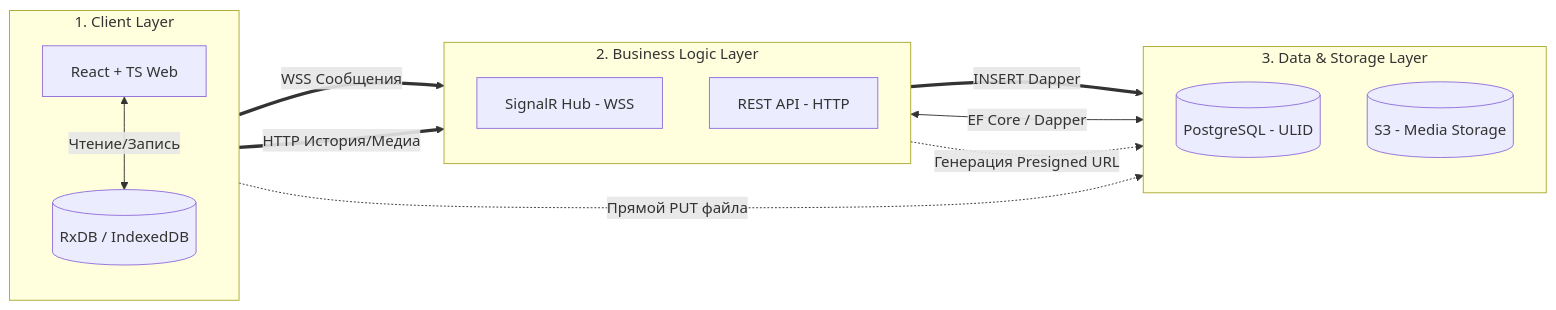
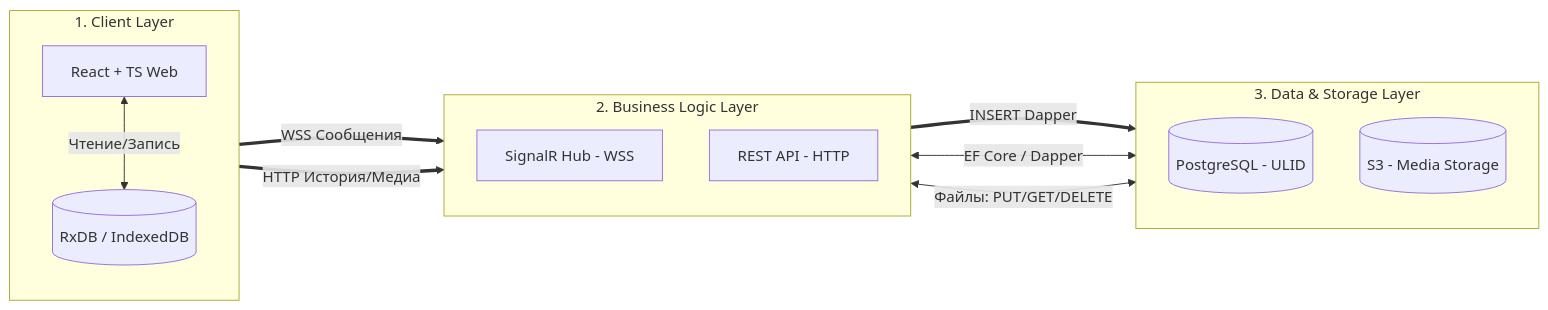
Before and after one commit to Fozu7916/Messenger1: the diagram in DOCUMENTATION.md, drawn with Mermaid. The commit also changed other lines of this file and 40 other files, not shown here.

````diff
--- a/DOCUMENTATION.md
+++ b/DOCUMENTATION.md
@@ -63,29 +68,28 @@
 ```mermaid
 flowchart LR
     subgraph L1 [1. Client Layer]
         direction TB
         React[React + TS Web]
         RxDB[(RxDB / IndexedDB)]
         React <-->|Чтение/Запись| RxDB
     end
 
     subgraph L3 [2. Business Logic Layer]
         direction TB
         SignalR[SignalR Hub - WSS]
         REST[REST API - HTTP]
     end
 
     subgraph L4 [3. Data & Storage Layer]
         direction TB
         Postgres[(PostgreSQL - ULID)]
         S3[(S3 - Media Storage)]
     end
 
     React ==>|WSS Сообщения| SignalR
     React ==>|HTTP История/Медиа| REST
-    React -.->|Прямой PUT файла| S3
 
     SignalR ==>|INSERT Dapper| Postgres
     REST <-->|EF Core / Dapper| Postgres
-    REST -.->|Генерация Presigned URL| S3
+    REST <-->|Файлы: PUT/GET/DELETE| S3
 ```
````
